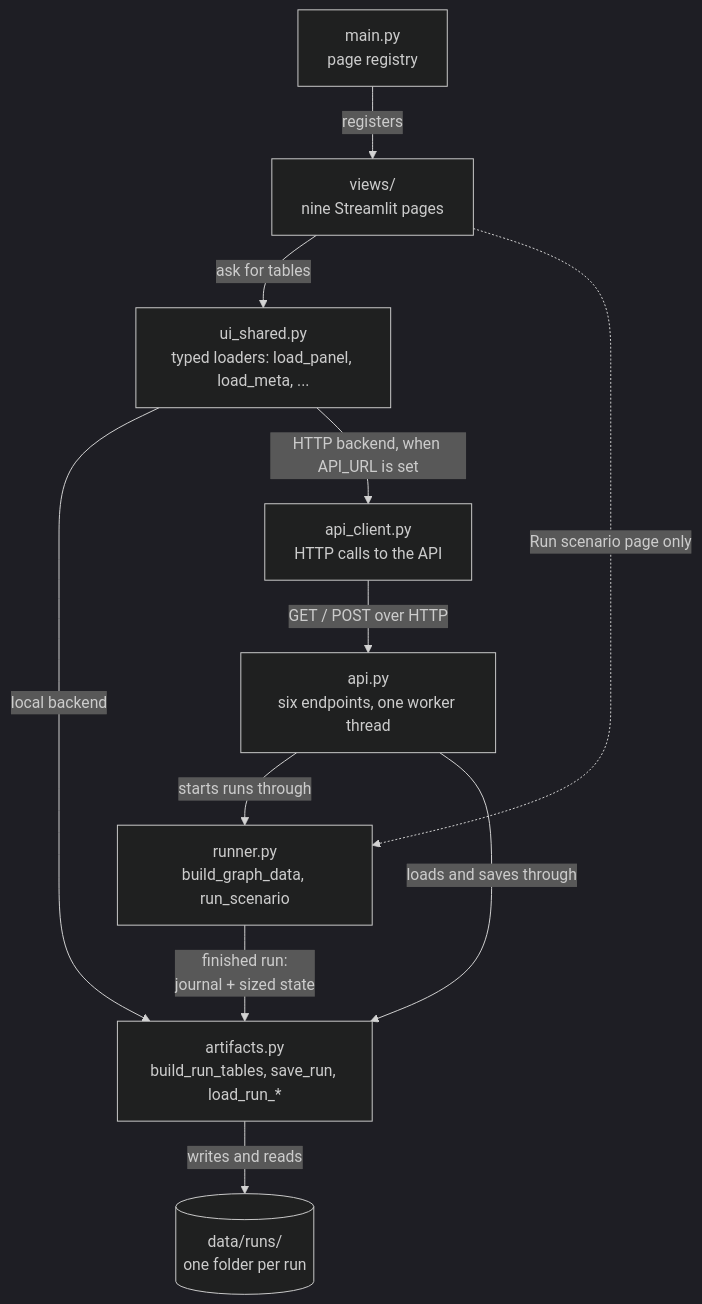
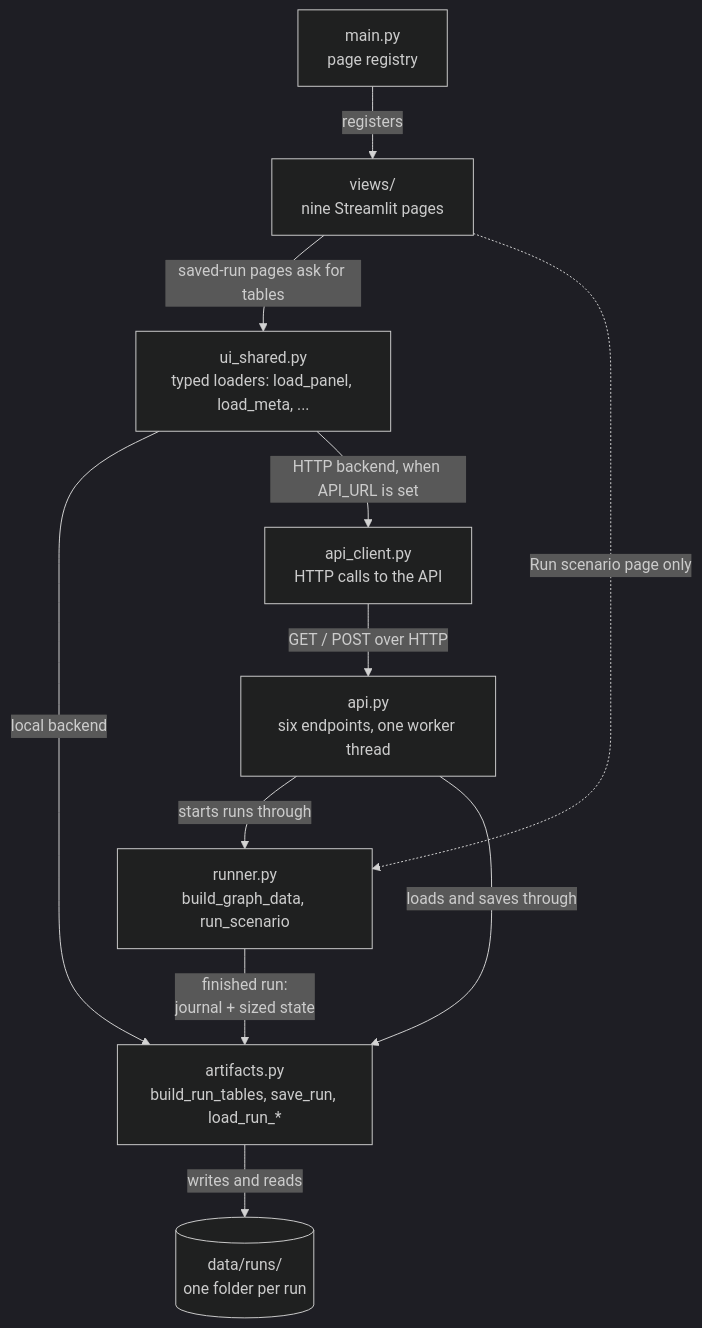
One commit to vlzm/GFDRR changed the fourth of 4 diagrams in docs/explanation/architecture.md. Above: the diagram before and after it, drawn with Mermaid (dark theme). The commit also changed other lines of this file and 1 other file, not shown here.

First line of the commit message:
docs: enhance architecture and dataloader documentation for clarity and accuracy

````diff
--- a/docs/explanation/architecture.md
+++ b/docs/explanation/architecture.md
@@ -150,22 +158,22 @@
 ```mermaid
 flowchart TB
     runner["runner.py<br/>build_graph_data, run_scenario"]
     artifacts["artifacts.py<br/>build_run_tables, save_run, load_run_*"]
     runs[("data/runs/<br/>one folder per run")]
     api["api.py<br/>six endpoints, one worker thread"]
     client["api_client.py<br/>HTTP calls to the API"]
     shared["ui_shared.py<br/>typed loaders: load_panel, load_meta, ..."]
     main["main.py<br/>page registry"]
     views["views/<br/>nine Streamlit pages"]
 
     runner -->|"finished run:<br/>journal + sized state"| artifacts
     artifacts -->|"writes and reads"| runs
     api -->|"starts runs through"| runner
     api -->|"loads and saves through"| artifacts
     client -->|"GET / POST over HTTP"| api
     shared -->|"local backend"| artifacts
     shared -->|"HTTP backend, when API_URL is set"| client
     main -->|"registers"| views
-    views -->|"ask for tables"| shared
+    views -->|"saved-run pages ask for tables"| shared
     views -.->|"Run scenario page only"| runner
 ```
````
